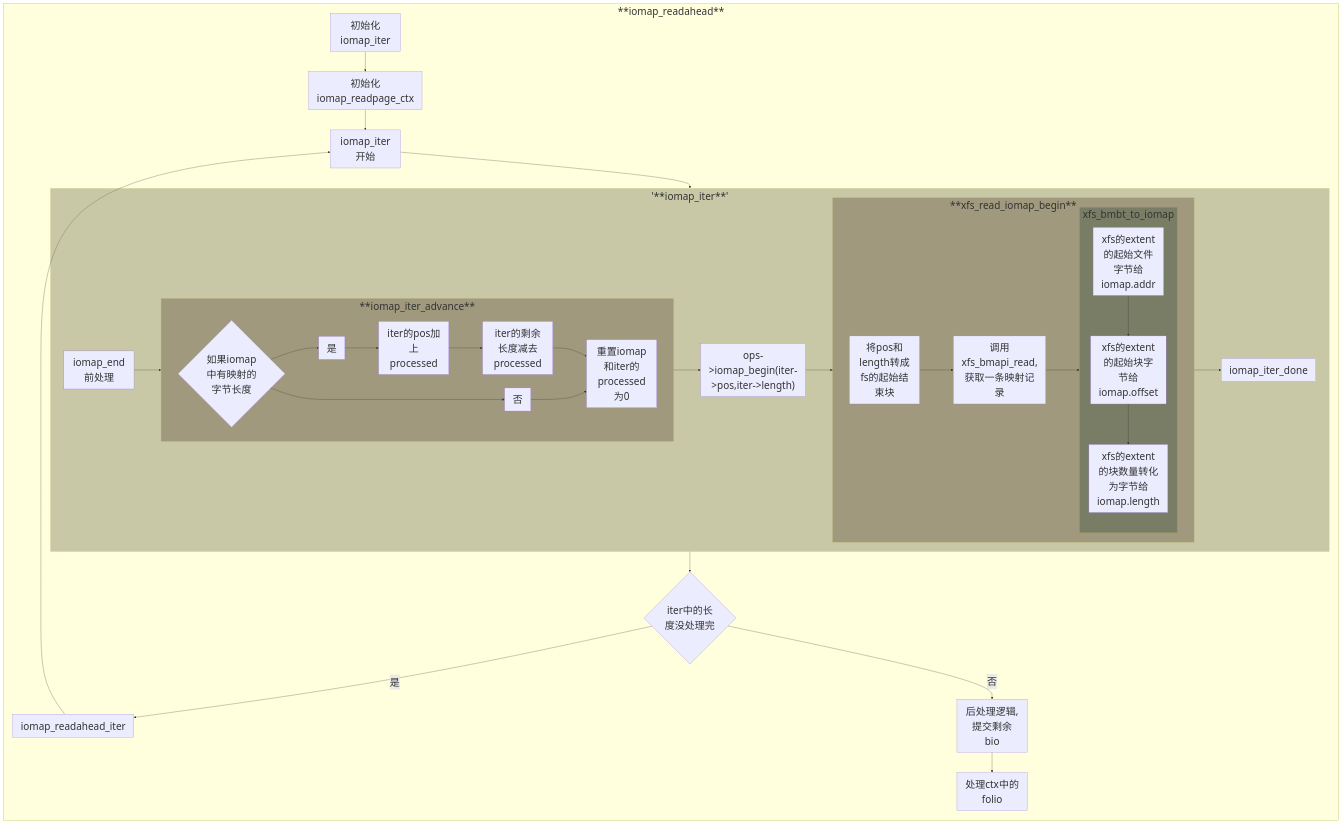
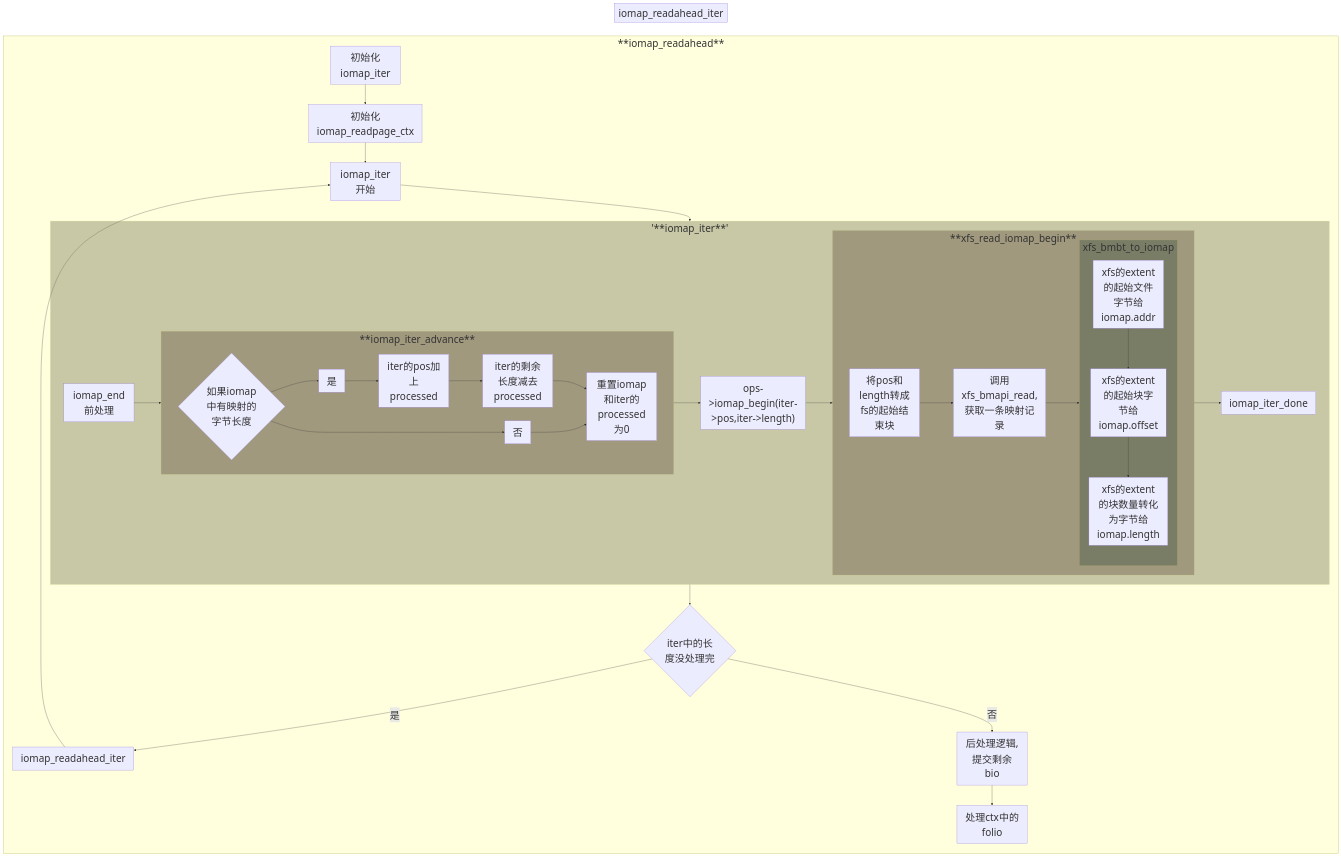
Before and after one commit to sigmanature/learn_os_note: the first of 2 diagrams in 6.13.1内核文档注释/fs/iomap/buffered_io.c/README.md, drawn with Mermaid. The commit also changed 5 other files, not shown here.

````diff
--- a/6.13.1内核文档注释/fs/iomap/buffered_io.c/README.md
+++ b/6.13.1内核文档注释/fs/iomap/buffered_io.c/README.md
@@ -2,39 +2,42 @@
 ```mermaid
 %%{init: {
   "themeVariables": 
 { 
     "fontSize": "37px"  
 }
 }}%%
 graph LR
     subgraph c[**iomap_iter_advance**]
         1{如果iomap中有映射的字节长度}
         1-->是-->iter的pos加上processed-->iter的剩余长度减去processed-->2[重置iomap和iter的processed为0]
         1-->否-->2
     end
     subgraph 5[xfs_bmbt_to_iomap]
     o[xfs的extent的起始文件字节给iomap.addr]-->r[xfs的extent的起始块字节给iomap.offset]-->p[xfs的extent的块数量转化为字节给iomap.length]
     end
     subgraph d[**xfs_read_iomap_begin**]
     3[将pos和length转成fs的起始结束块]-->4["调用xfs_bmapi_read,获取一条映射记录"]-->5
     end
     subgraph b['**iomap_iter**']
         G[iomap_end前处理]-->c-->I["ops->iomap_begin(iter->pos,iter->length)"]-->d-->K[iomap_iter_done]
     end
     style b fill:#775,opacity:0.4
     style c fill:#654,opacity:0.4
     style d fill:#654,opacity:0.4
     style 5 fill:#454,opacity:0.4
     subgraph a[**iomap_readahead**]
         A[初始化iomap_iter]-->B[初始化iomap_readpage_ctx]-->bg[iomap_iter开始]-->b
         b-->C{"iter中的长度没处理完"}
         C--是-->D[iomap_readahead_iter]-->bg
         C--否-->E[后处理逻辑,提交剩余bio]-->F[处理ctx中的folio]
     end
+    subgraph e[iomap_readahead_iter]
     
+    end
 click A "https://github.com/sigmanature/learn_os_note/blob/main/6.13.1%E5%86%85%E6%A0%B8%E6%96%87%E6%A1%A3%E6%B3%A8%E9%87%8A/include/linux/iomap.h/struct_iomap_iter.md"
 click 1 "https://github.com/sigmanature/learn_os_note/blob/main/6.13.1%E5%86%85%E6%A0%B8%E6%96%87%E6%A1%A3%E6%B3%A8%E9%87%8A/fs/iomap/iter.c/iomap_iter_advance.md"
 click 3 "https://github.com/sigmanature/learn_os_note/blob/main/6.13.1%E5%86%85%E6%A0%B8%E6%96%87%E6%A1%A3%E6%B3%A8%E9%87%8A/fs/xfs/xfs_iomap.c/xfs_read_iomap_begin.md"
 click o "https://github.com/sigmanature/learn_os_note/blob/main/6.13.1%E5%86%85%E6%A0%B8%E6%96%87%E6%A1%A3%E6%B3%A8%E9%87%8A/fs/xfs/xfs_iomap.c/xfs_bmbt_to_iomap.md"
 click 4 "https://github.com/sigmanature/learn_os_note/blob/main/6.13.1%E5%86%85%E6%A0%B8%E6%96%87%E6%A1%A3%E6%B3%A8%E9%87%8A/fs/xfs/xfs_iomap.c/xfs_bmapi_read.md"
+click D "https://github.com/sigmanature/learn_os_note/blob/main/6.13.1%E5%86%85%E6%A0%B8%E6%96%87%E6%A1%A3%E6%B3%A8%E9%87%8A/fs/iomap/buffered_io.c/iomap_readahead_iter.md"
 ```
````
